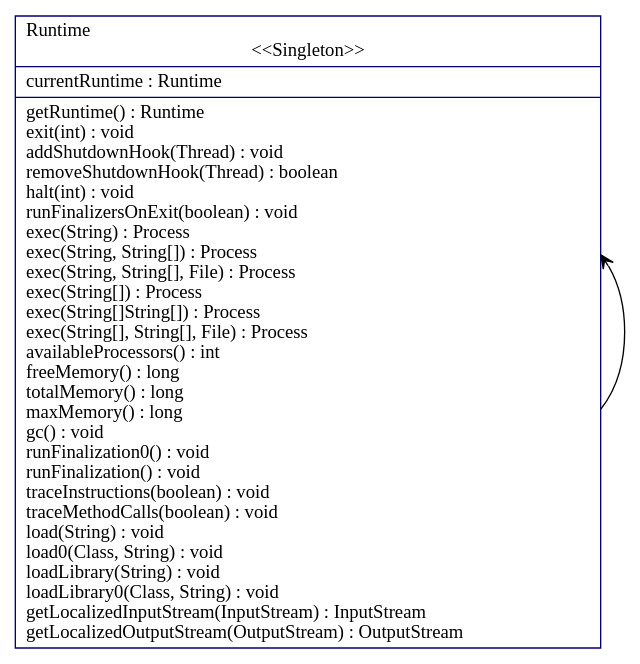
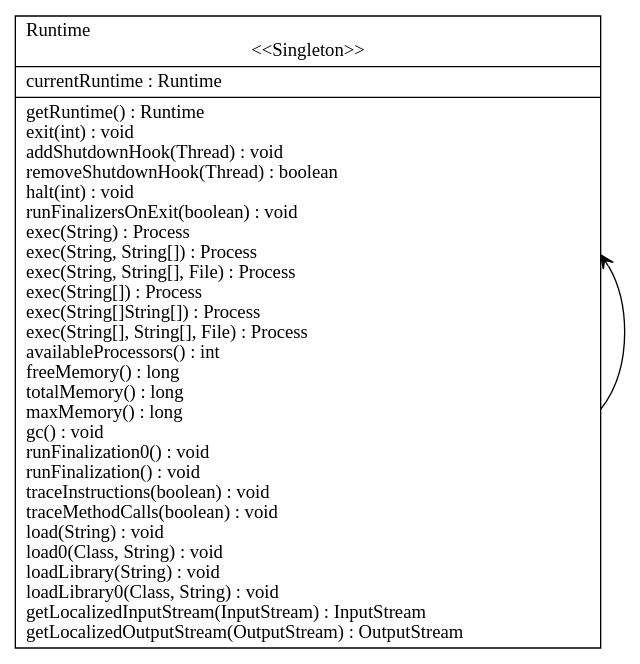
The diagram in input_output/runtime.dot (chinchalupa/CSSE374-Project), drawn with Graphviz before and after one commit. The commit also changed 36 other files, not shown here.

```diff
--- a/input_output/runtime.dot
+++ b/input_output/runtime.dot
@@ -1,11 +1,11 @@
 digraph G {
 
 fontname = "Bitstream Vera Sans"
 fontsize = 8
 rankdir=BT
 
-node [shape = "record" color = "#000077"]
+node [shape = "record" outlineColor = "#000077"]
 ClassTRuntime [label = "{Runtime\l\<\<Singleton\>\>|currentRuntime : Runtime\l|getRuntime() : Runtime\lexit(int) : void\laddShutdownHook(Thread) : void\lremoveShutdownHook(Thread) : boolean\lhalt(int) : void\lrunFinalizersOnExit(boolean) : void\lexec(String) : Process\lexec(String, String[]) : Process\lexec(String, String[], File) : Process\lexec(String[]) : Process\lexec(String[]String[]) : Process\lexec(String[], String[], File) : Process\lavailableProcessors() : int\lfreeMemory() : long\ltotalMemory() : long\lmaxMemory() : long\lgc() : void\lrunFinalization0() : void\lrunFinalization() : void\ltraceInstructions(boolean) : void\ltraceMethodCalls(boolean) : void\lload(String) : void\lload0(Class, String) : void\lloadLibrary(String) : void\lloadLibrary0(Class, String) : void\lgetLocalizedInputStream(InputStream) : InputStream\lgetLocalizedOutputStream(OutputStream) : OutputStream\l}"]
 edge [arrowhead = "vee" style = "solid" ]
 ClassTRuntime -> ClassTRuntime
 }
```
